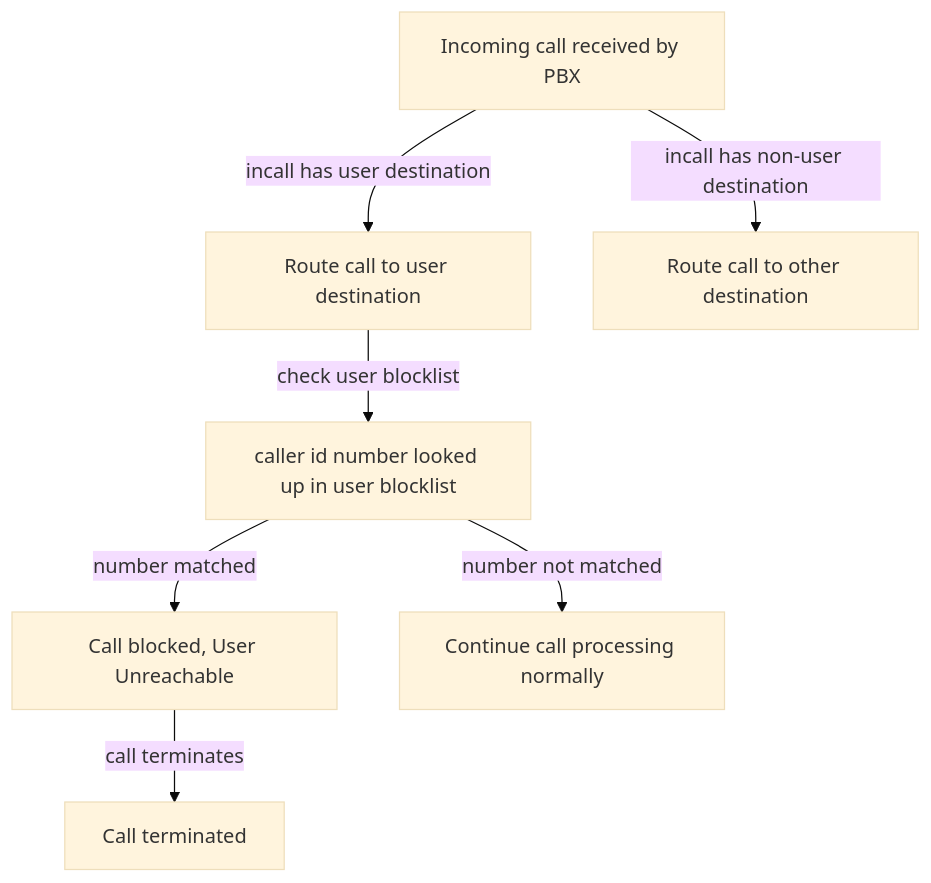
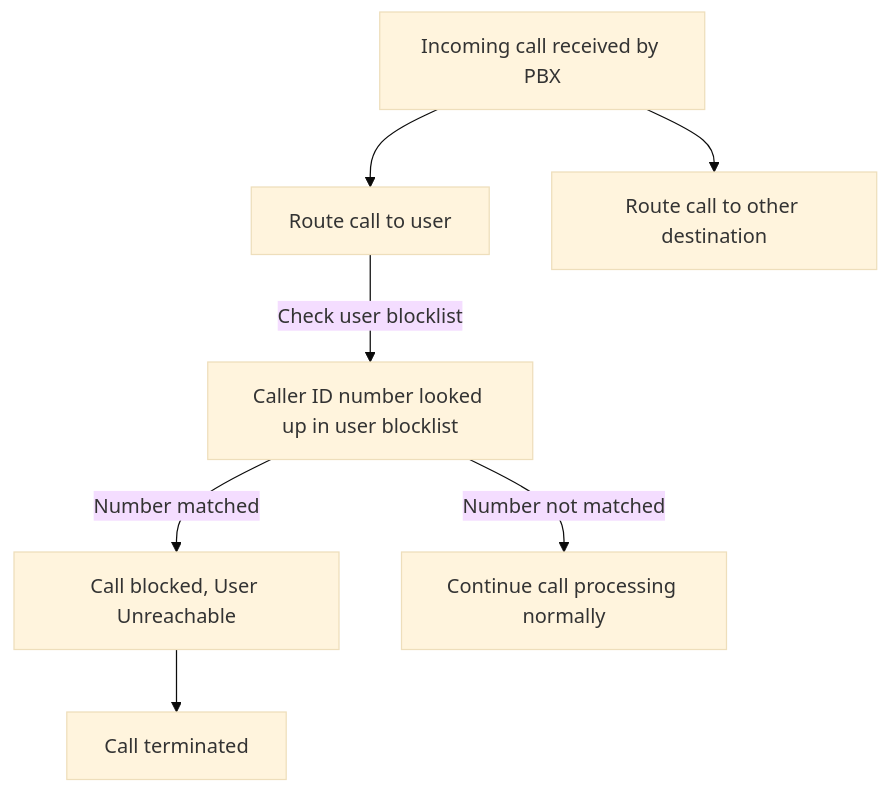
The diagram in website/uc-doc/administration/blocklist.md (wazo-platform/wazo-platform.org), drawn with Mermaid (base theme) before and after one commit. The commit also changed other lines of this file, not shown here.

First line of the commit message:
blocklist: reword and remove perishable sections

````diff
--- a/website/uc-doc/administration/blocklist.md
+++ b/website/uc-doc/administration/blocklist.md
@@ -15,14 +15,14 @@
 ```mermaid
 flowchart TD
-    IncomingCall[Incoming call received by PBX] -->|incall has user destination| UserDestination[Route call to user destination]
+    IncomingCall[Incoming call received by PBX] --> UserDestination[Route call to user]
 
-    IncomingCall -->|incall has non-user destination| OtherDestination[Route call to other destination]
+    IncomingCall --> OtherDestination[Route call to other destination]
 
-    UserDestination -->|check user blocklist| ScreenBlocklist[caller id number looked up in user blocklist]
+    UserDestination -->|Check user blocklist| ScreenBlocklist[Caller ID number looked up in user blocklist]
 
-    ScreenBlocklist -->|number matched| Block["Call blocked, User Unreachable"]
+    ScreenBlocklist -->|Number matched| Block["Call blocked, User Unreachable"]
 
-    ScreenBlocklist -->|number not matched| Continue[Continue call processing normally]
+    ScreenBlocklist -->|Number not matched| Continue[Continue call processing normally]
 
-    Block -->|call terminates| End[Call terminated]
+    Block --> End[Call terminated]
 ```
````
